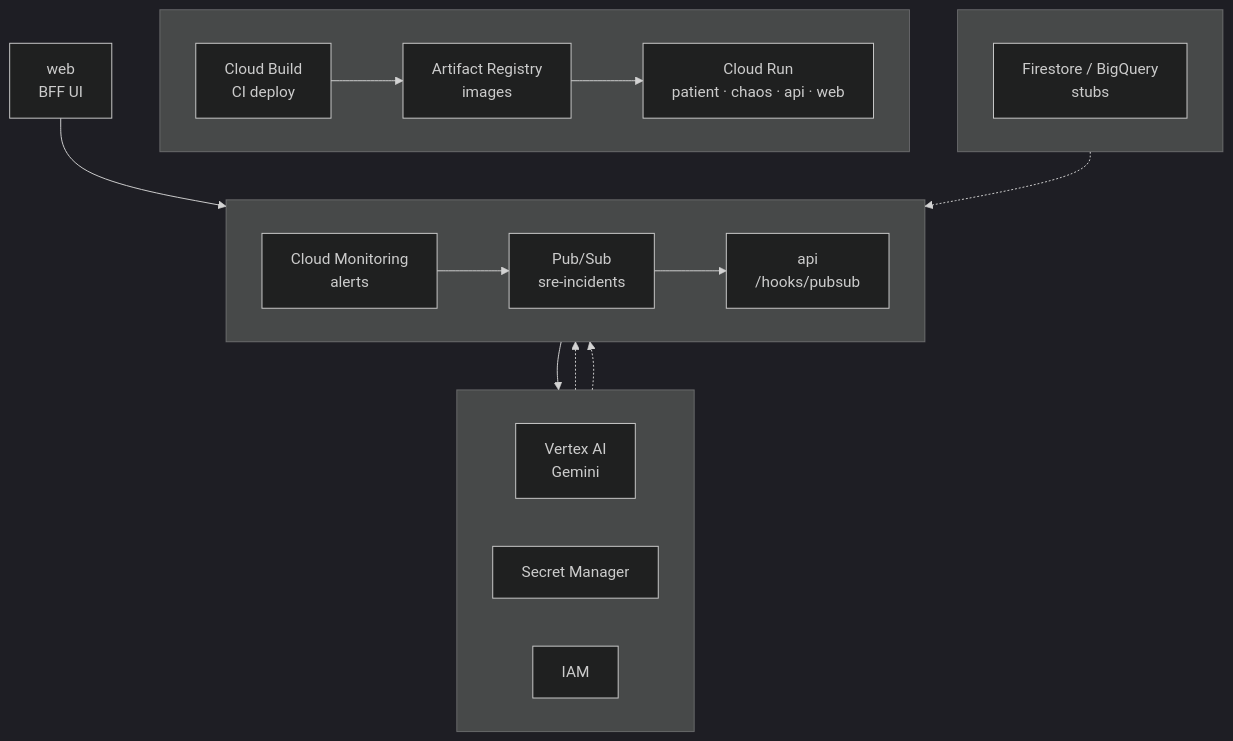
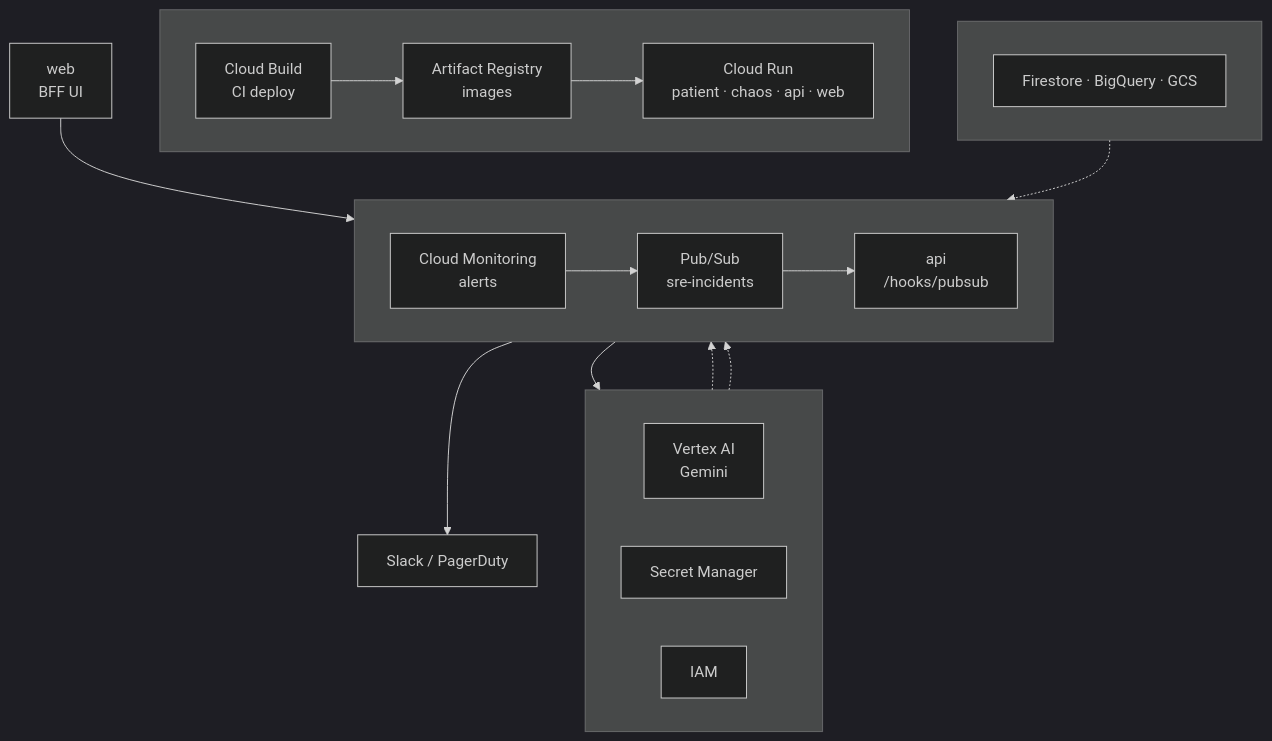
Before and after one commit to HOSH19/gcp_sre_multiagent: the second of 2 diagrams in README.md, drawn with Mermaid (dark theme). The commit also changed other lines of this file and 71 other files, not shown here.

````diff
--- a/README.md
+++ b/README.md
@@ -32,29 +32,30 @@
 ```mermaid
 flowchart TB
 
   subgraph row1[" "]
     direction LR
     cb["Cloud Build<br/>CI deploy"] --> ar["Artifact Registry<br/>images"] --> run["Cloud Run<br/>patient · chaos · api · web"]
   end
 
   subgraph row2[" "]
     direction LR
     mon["Cloud Monitoring<br/>alerts"] --> pub["Pub/Sub<br/>sre-incidents"] --> api["api<br/>/hooks/pubsub"]
   end
 
   subgraph row3[" "]
     direction LR
     vertex["Vertex AI<br/>Gemini"] & sm["Secret Manager"] & iam["IAM"]
   end
 
   subgraph row4[" "]
     direction LR
-    stub["Firestore / BigQuery<br/>stubs"]
+    store["Firestore · BigQuery · GCS"]
   end
 
   web["web<br/>BFF UI"] --> api
   api --> vertex
+  api --> page["Slack / PagerDuty"]
   sm -.-> api
   iam -.-> api
-  stub -.-> api
+  store -.-> api
 ```
````
